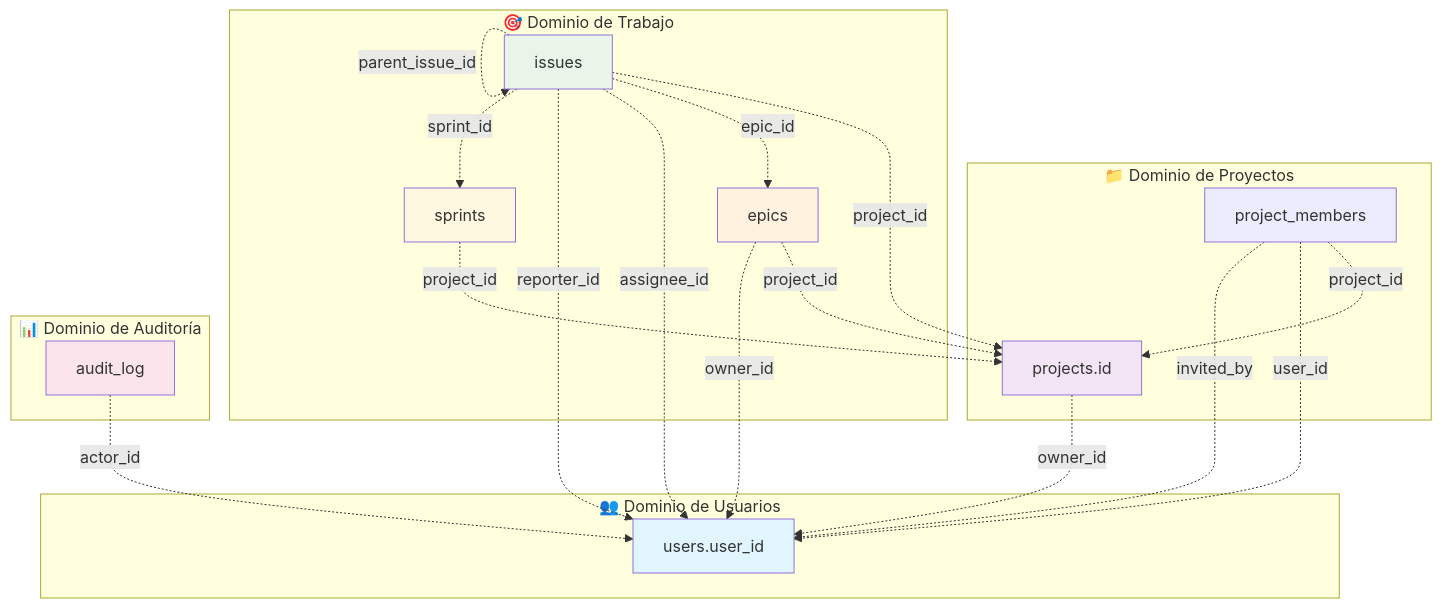
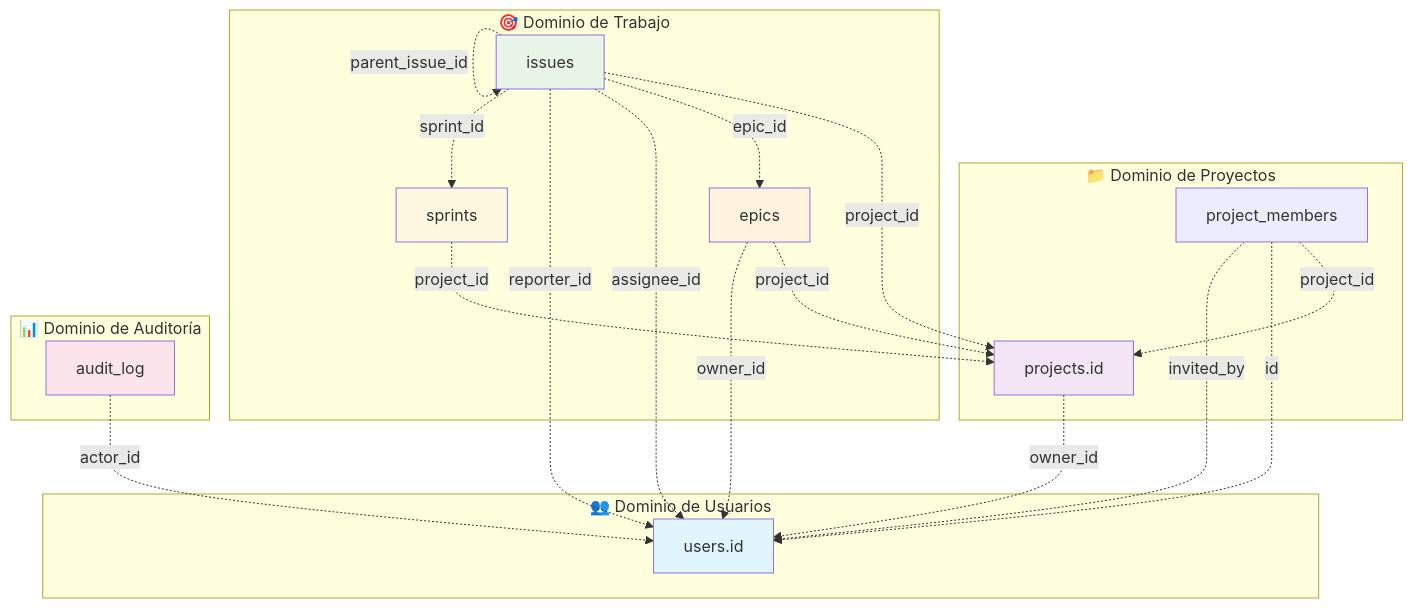
One commit to devmangel/webapp changed the fourth of 16 diagrams in docs/db/README.md. Above: the diagram before and after it, drawn with Mermaid. The commit also changed other lines of this file and 1 other file, not shown here.

Commit message:
fix: docs color and users pk

````diff
--- a/docs/db/README.md
+++ b/docs/db/README.md
@@ -262,46 +262,46 @@
 ```mermaid
 graph TB
     subgraph "👥 Dominio de Usuarios"
-        U[users.user_id]
+        U[users.id]
     end
     
     subgraph "📁 Dominio de Proyectos"
         P[projects.id]
         PM[project_members]
         
         P -.->|owner_id| U
         PM -.->|project_id| P
-        PM -.->|user_id| U
+        PM -.->|id| U
         PM -.->|invited_by| U
     end
     
     subgraph "🎯 Dominio de Trabajo"
         E[epics]
         I[issues]
         S[sprints]
         
         E -.->|project_id| P
         E -.->|owner_id| U
         
         I -.->|project_id| P
         I -.->|epic_id| E
         I -.->|assignee_id| U
         I -.->|reporter_id| U
         I -.->|sprint_id| S
         I -.->|parent_issue_id| I
         
         S -.->|project_id| P
     end
     
     subgraph "📊 Dominio de Auditoría"
         AL[audit_log]
         AL -.->|actor_id| U
     end
     
     style U fill:#e1f5fe
     style P fill:#f3e5f5
     style E fill:#fff3e0
     style I fill:#e8f5e8
     style S fill:#fff8e1
     style AL fill:#fce4ec
 ```
````
